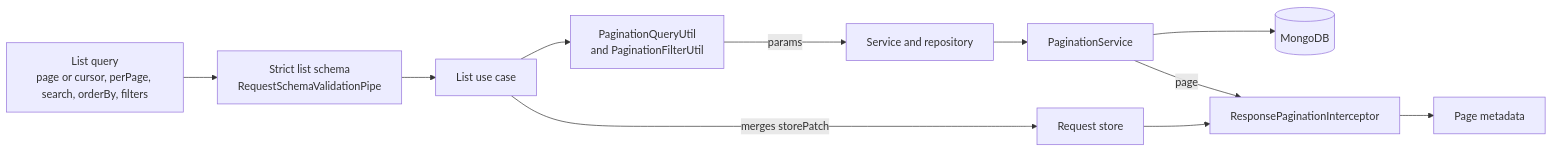
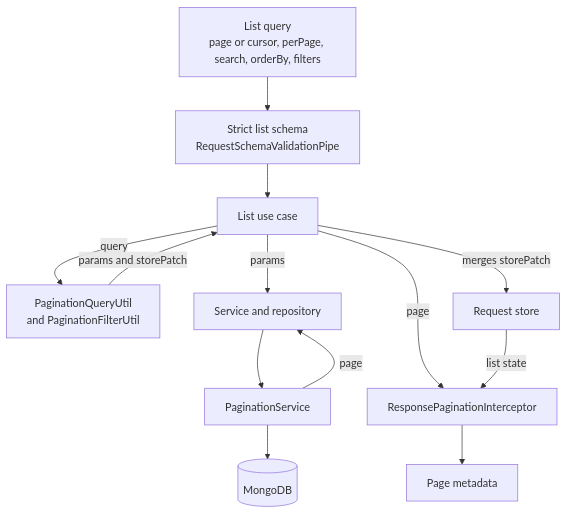
Before and after one commit to andrechristikan/ack-nestjs-boilerplate: the diagram in docs/concepts/pagination.md, drawn with Mermaid. The commit also changed other lines of this file and 35 other files, not shown here.

Commit message:
docs: draw every diagram top to bottom and match each to its page

````diff
--- a/docs/concepts/pagination.md
+++ b/docs/concepts/pagination.md
@@ -31,13 +33,15 @@
 ```mermaid
-flowchart LR
+flowchart TB
     QUERY["List query<br/>page or cursor, perPage, search, orderBy, filters"] --> SCHEMA["Strict list schema<br/>RequestSchemaValidationPipe"]
     SCHEMA --> UC["List use case"]
-    UC --> QueryUtil["PaginationQueryUtil<br/>and PaginationFilterUtil"]
-    QueryUtil -->|params| REPO["Service and repository"]
+    UC -->|query| QueryUtil["PaginationQueryUtil<br/>and PaginationFilterUtil"]
+    QueryUtil -->|params and storePatch| UC
+    UC -->|params| REPO["Service and repository"]
     REPO --> PageService["PaginationService"]
     PageService --> DB[("MongoDB")]
+    PageService -->|page| REPO
     UC -->|merges storePatch| STORE["Request store"]
-    PageService -->|page| INTERCEPTOR["ResponsePaginationInterceptor"]
-    STORE --> INTERCEPTOR
+    UC -->|page| INTERCEPTOR["ResponsePaginationInterceptor"]
+    STORE -->|list state| INTERCEPTOR
     INTERCEPTOR --> META["Page metadata"]
 ```
````
